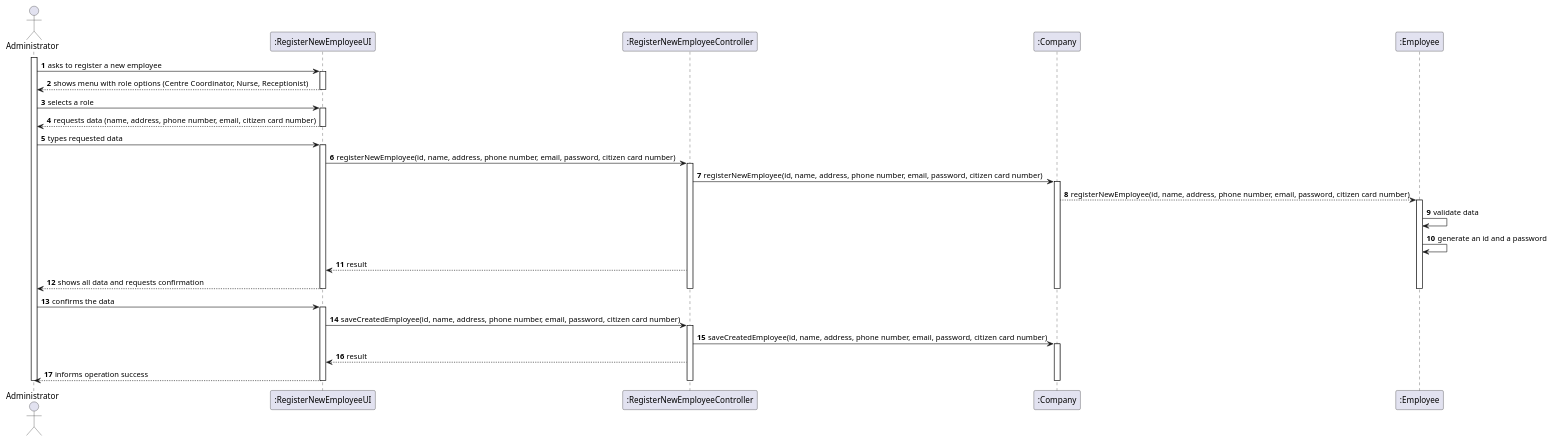
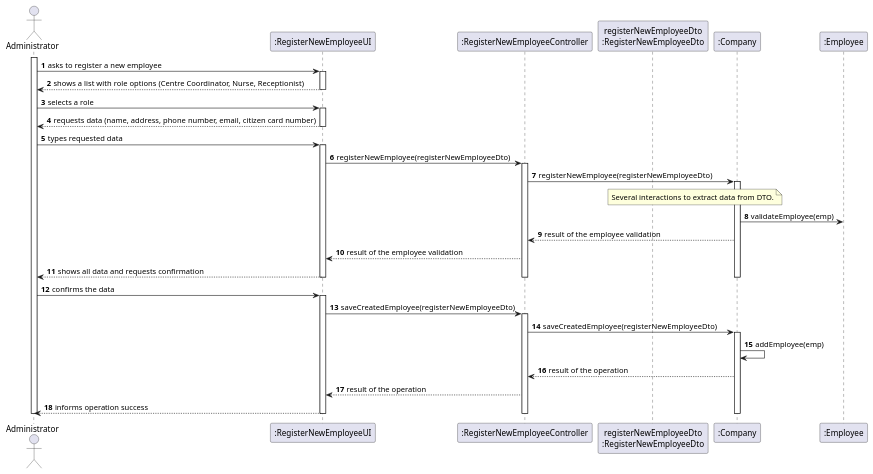
The diagram in docs/SprintB/US010/US010_SD.puml (Pirussa/lei-22-s2-1da-g02), drawn with PlantUML before and after one commit. The commit also changed 6 other files, not shown here.

Commit message:
US010 - Desgin - Sequence diagram, Class Diagram and MD Extract alterations.

```diff
--- a/docs/SprintB/US010/US010_SD.puml
+++ b/docs/SprintB/US010/US010_SD.puml
@@ -1,62 +1,67 @@
 @startuml
 autonumber
 
 actor "Administrator" as A
 
 participant ":RegisterNewEmployeeUI" as UI
 participant ":RegisterNewEmployeeController" as CTRL
+participant "registerNewEmployeeDto\n:RegisterNewEmployeeDto" as DTO
 participant ":Company" as C
 participant ":Employee" as E
 
 activate A
 A -> UI : asks to register a new employee
 activate UI
-UI --> A : shows menu with role options (Centre Coordinator, Nurse, Receptionist)
+UI --> A : shows a list with role options (Centre Coordinator, Nurse, Receptionist)
 deactivate UI
 
 A -> UI : selects a role
 activate UI
 UI --> A : requests data (name, address, phone number, email, citizen card number)
 deactivate UI
 
 A -> UI : types requested data
 activate UI
 
-UI -> CTRL : registerNewEmployee(id, name, address, phone number, email, password, citizen card number)
+UI -> CTRL : registerNewEmployee(registerNewEmployeeDto)
 activate CTRL
 
-CTRL -> C : registerNewEmployee(id, name, address, phone number, email, password, citizen card number)
+CTRL -> C : registerNewEmployee(registerNewEmployeeDto)
+
+note over DTO, C : Several interactions to extract data from DTO.
+
 activate C
-C --> E : registerNewEmployee(id, name, address, phone number, email, password, citizen card number)
-activate E
-E -> E :  validate data
+C -> E : validateEmployee(emp)
 
-E -> E : generate an id and a password
+C --> CTRL : result of the employee validation
 
-CTRL --> UI : result
+CTRL --> UI : result of the employee validation
 
 UI --> A: shows all data and requests confirmation
 
 deactivate E
 deactivate C
 deactivate CTRL
 deactivate UI
 
-
 A -> UI : confirms the data
 activate UI
-UI -> CTRL : saveCreatedEmployee(id, name, address, phone number, email, password, citizen card number)
+UI -> CTRL : saveCreatedEmployee(registerNewEmployeeDto)
 activate CTRL
-CTRL -> C : saveCreatedEmployee(id, name, address, phone number, email, password, citizen card number)
+CTRL -> C : saveCreatedEmployee(registerNewEmployeeDto)
 activate C
 
-CTRL --> UI: result
+C -> C : addEmployee(emp)
+
+C --> CTRL : result of the operation
+
+CTRL --> UI: result of the operation
 
 UI --> A : informs operation success
 
 deactivate C
 deactivate CTRL
 deactivate UI
 deactivate A
 
 @enduml
```
